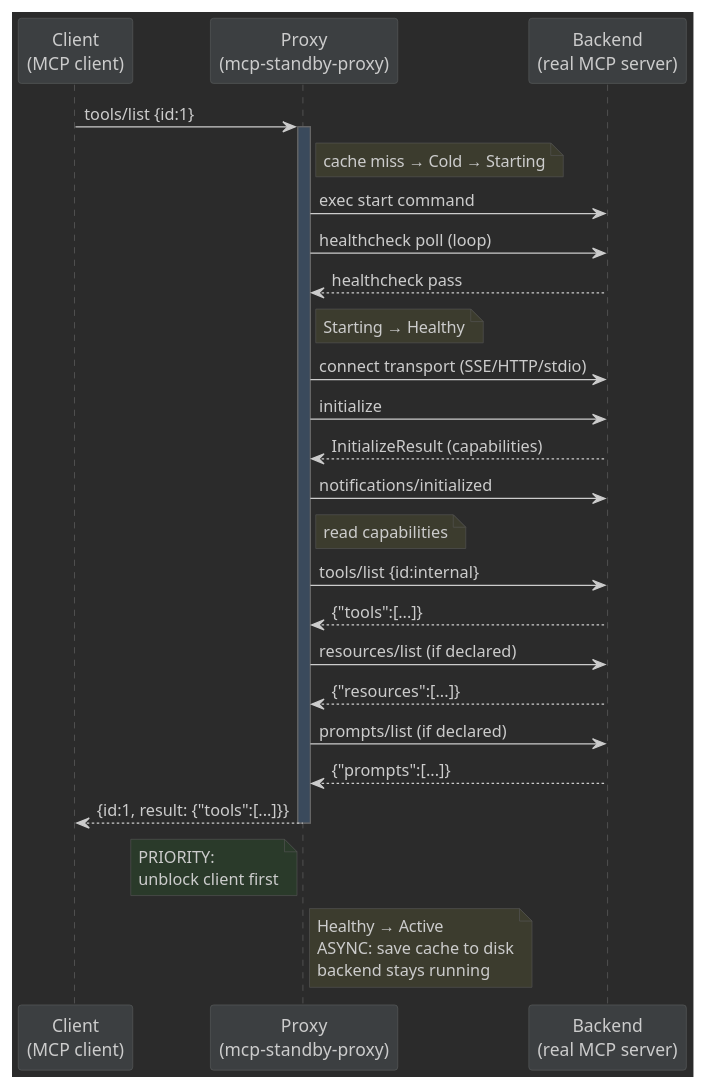
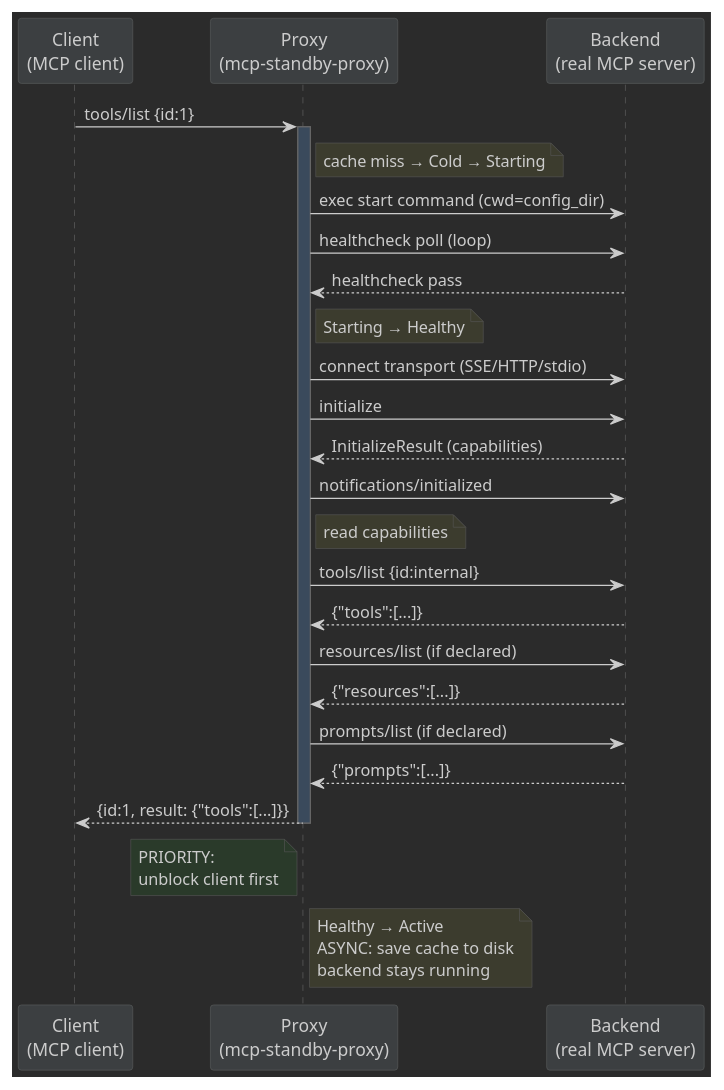
The second of 2 diagrams in docs/plans/tech-spec.md (piotrminkina/mcp-standby-proxy), drawn with PlantUML before and after one commit. The commit also changed 12 other files, not shown here.

````diff
--- a/docs/plans/tech-spec.md
+++ b/docs/plans/tech-spec.md
@@ -127,54 +127,54 @@
 ```plantuml
 @startuml
 skinparam backgroundColor #2b2b2b
 skinparam defaultFontColor #cccccc
 skinparam defaultFontName Helvetica
 skinparam sequenceArrowColor #cccccc
 skinparam sequenceLifeLineBorderColor #666666
 skinparam sequenceParticipantBackgroundColor #3c3f41
 skinparam sequenceParticipantBorderColor #5a5d5e
 skinparam sequenceGroupBackgroundColor #313131
 skinparam sequenceGroupBorderColor #555555
 skinparam sequenceDividerBackgroundColor #3c3f41
 skinparam noteBackgroundColor #3c3c2e
 skinparam noteBorderColor #555555
 
 participant "Client\n(MCP client)" as C
 participant "Proxy\n(mcp-standby-proxy)" as P
 participant "Backend\n(real MCP server)" as B
 
 C -> P: tools/list {id:1}
 activate P #3a4a5c
 
 note right of P: cache miss → Cold → Starting
 
-P -> B: exec start command
+P -> B: exec start command (cwd=config_dir)
 P -> B: healthcheck poll (loop)
 B --> P: healthcheck pass
 
 note right of P: Starting → Healthy
 
 P -> B: connect transport (SSE/HTTP/stdio)
 P -> B: initialize
 B --> P: InitializeResult (capabilities)
 P -> B: notifications/initialized
 
 note right of P: read capabilities
 
 P -> B: tools/list {id:internal}
 B --> P: {"tools":[...]}
 
 P -> B: resources/list (if declared)
 B --> P: {"resources":[...]}
 
 P -> B: prompts/list (if declared)
 B --> P: {"prompts":[...]}
 
 P --> C: {id:1, result: {"tools":[...]}}
 note left of P #2a3a2a: PRIORITY:\nunblock client first
 
 note right of P: Healthy → Active\nASYNC: save cache to disk\nbackend stays running
 
 deactivate P
 @enduml
 ```
````
